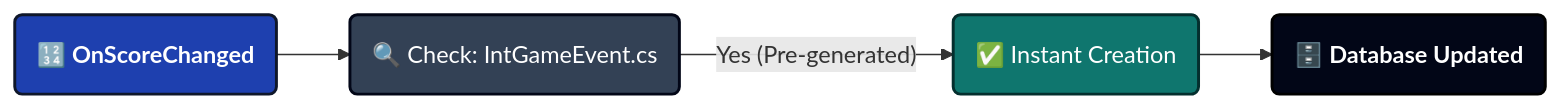
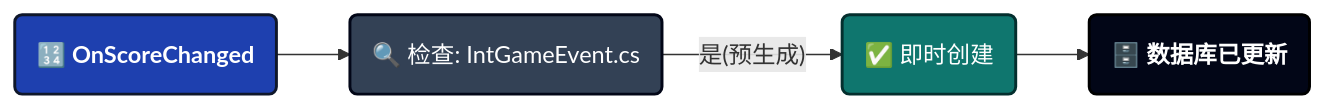
Before and after one commit to tinygiants-tech/TinyGiants: the second of 4 diagrams in i18n/zh/docusaurus-plugin-content-docs/current/game-event-system/visual-workflow/game-event-creator.md, drawn with Mermaid. The commit also changed other lines of this file and 7 other files, not shown here.

````diff
--- a/i18n/zh/docusaurus-plugin-content-docs/current/game-event-system/visual-workflow/game-event-creator.md
+++ b/i18n/zh/docusaurus-plugin-content-docs/current/game-event-system/visual-workflow/game-event-creator.md
@@ -286,14 +285,14 @@
 ```mermaid
 graph LR
 
     classDef event fill:#1e40af,stroke:#0f172a,stroke-width:2px,color:#ffffff,font-weight:bold
     classDef decision fill:#334155,stroke:#020617,stroke-width:2px,color:#ffffff
     classDef success fill:#0f766e,stroke:#042f2e,stroke-width:2px,color:#ffffff
     classDef system fill:#020617,stroke:#000000,stroke-width:2px,color:#ffffff,font-weight:bold
 
-    A(🔢 OnScoreChanged <int>):::event --> B(🔍 Check: IntGameEvent.cs):::decision
+    A(🔢 OnScoreChanged <int>):::event --> B(🔍 检查: IntGameEvent.cs):::decision
     
-    B -- "Yes (Pre-generated)" --> C(✅ Instant Creation):::success
+    B -- "是(预生成)" --> C(✅ 即时创建):::success
     
-    C --> D(🗄️ Database Updated):::system
+    C --> D(🗄️ 数据库已更新):::system
 ```
````
